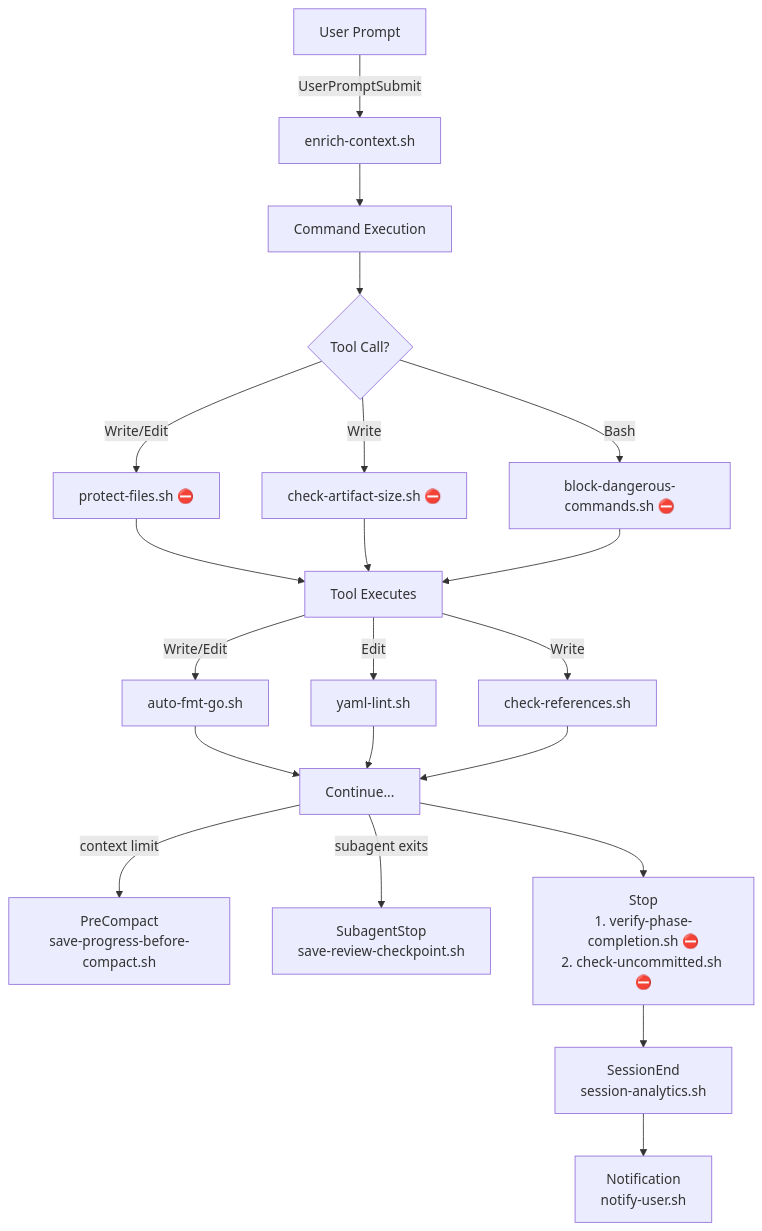
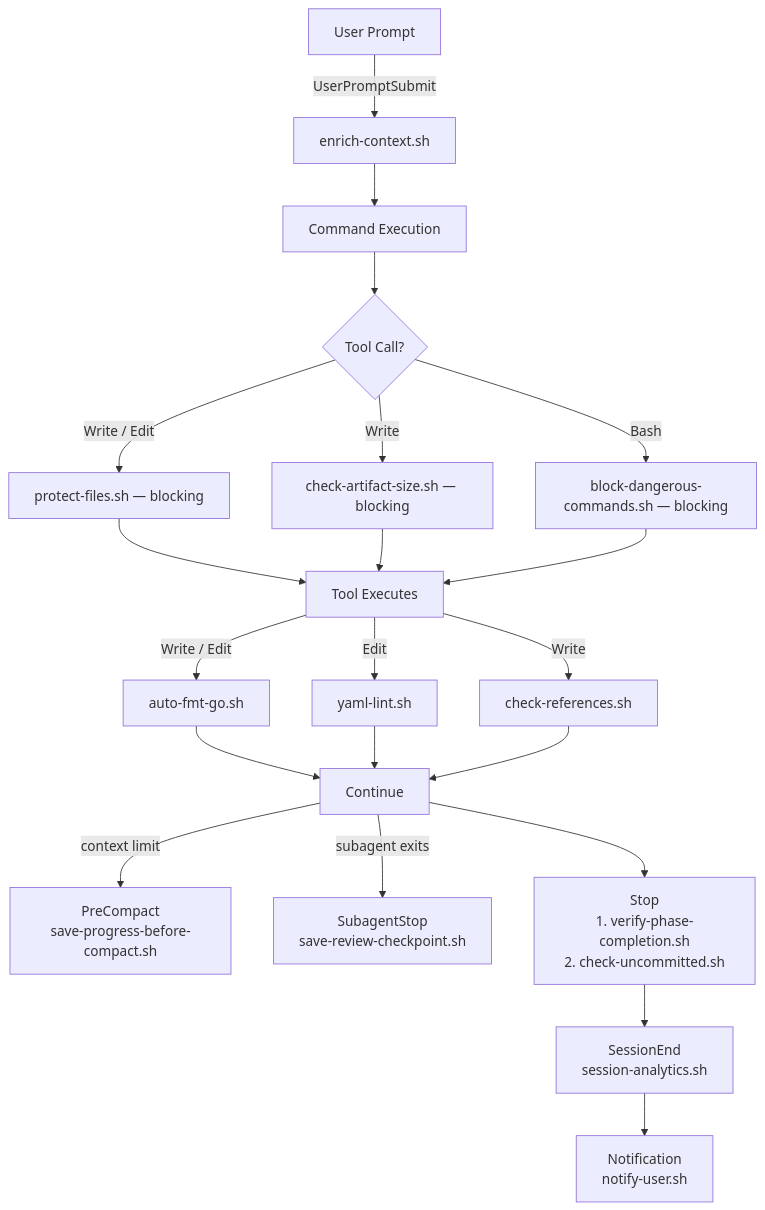
The fourth of 4 diagrams in README.md (hex0xdeadbeef/claude-kit), drawn with Mermaid before and after one commit. The commit also changed other lines of this file, not shown here.

Commit message:
Auto-sync 2026-03-09 23:49

````diff
--- a/README.md
+++ b/README.md
@@ -278,31 +286,29 @@
 ```mermaid
 flowchart TB
-    UP["User Prompt"] -->|UserPromptSubmit| ENR["enrich-context.sh"]
-    ENR --> CMD["Command Execution"]
+    UP[User Prompt] -->|UserPromptSubmit| ENR[enrich-context.sh]
+    ENR --> CMD[Command Execution]
 
-    CMD --> TOOL{"Tool Call?"}
-    TOOL -->|Write/Edit| PRE1["protect-files.sh ⛔"]
-    TOOL -->|Write| PRE2["check-artifact-size.sh ⛔"]
-    TOOL -->|Bash| PRE3["block-dangerous-commands.sh ⛔"]
+    CMD --> TOOL{Tool Call?}
+    TOOL -->|Write / Edit| PRE1[protect-files.sh — blocking]
+    TOOL -->|Write| PRE2[check-artifact-size.sh — blocking]
+    TOOL -->|Bash| PRE3[block-dangerous-commands.sh — blocking]
 
-    PRE1 --> EXEC["Tool Executes"]
+    PRE1 --> EXEC[Tool Executes]
     PRE2 --> EXEC
     PRE3 --> EXEC
 
-    EXEC -->|Write/Edit| POST1["auto-fmt-go.sh"]
-    EXEC -->|Edit| POST2["yaml-lint.sh"]
-    EXEC -->|Write| POST3["check-references.sh"]
+    EXEC -->|Write / Edit| POST1[auto-fmt-go.sh]
+    EXEC -->|Edit| POST2[yaml-lint.sh]
+    EXEC -->|Write| POST3[check-references.sh]
 
-    POST1 --> CONT["Continue..."]
+    POST1 --> CONT[Continue]
     POST2 --> CONT
     POST3 --> CONT
 
-    CONT -->|"context limit"| COMPACT["PreCompact\nsave-progress-before-compact.sh"]
+    CONT -->|context limit| COMPACT[PreCompact<br/>save-progress-before-compact.sh]
+    CONT -->|subagent exits| SUBSTOP[SubagentStop<br/>save-review-checkpoint.sh]
+    CONT --> STOP[Stop<br/>1. verify-phase-completion.sh<br/>2. check-uncommitted.sh]
 
-    CONT -->|"subagent exits"| SUBSTOP["SubagentStop\nsave-review-checkpoint.sh"]
-
-    CONT --> STOP["Stop\n1. verify-phase-completion.sh ⛔\n2. check-uncommitted.sh ⛔"]
-
-    STOP --> SESS["SessionEnd\nsession-analytics.sh"]
-    SESS --> NOTIFY["Notification\nnotify-user.sh"]
+    STOP --> SESS[SessionEnd<br/>session-analytics.sh]
+    SESS --> NOTIFY[Notification<br/>notify-user.sh]
 ```
````
